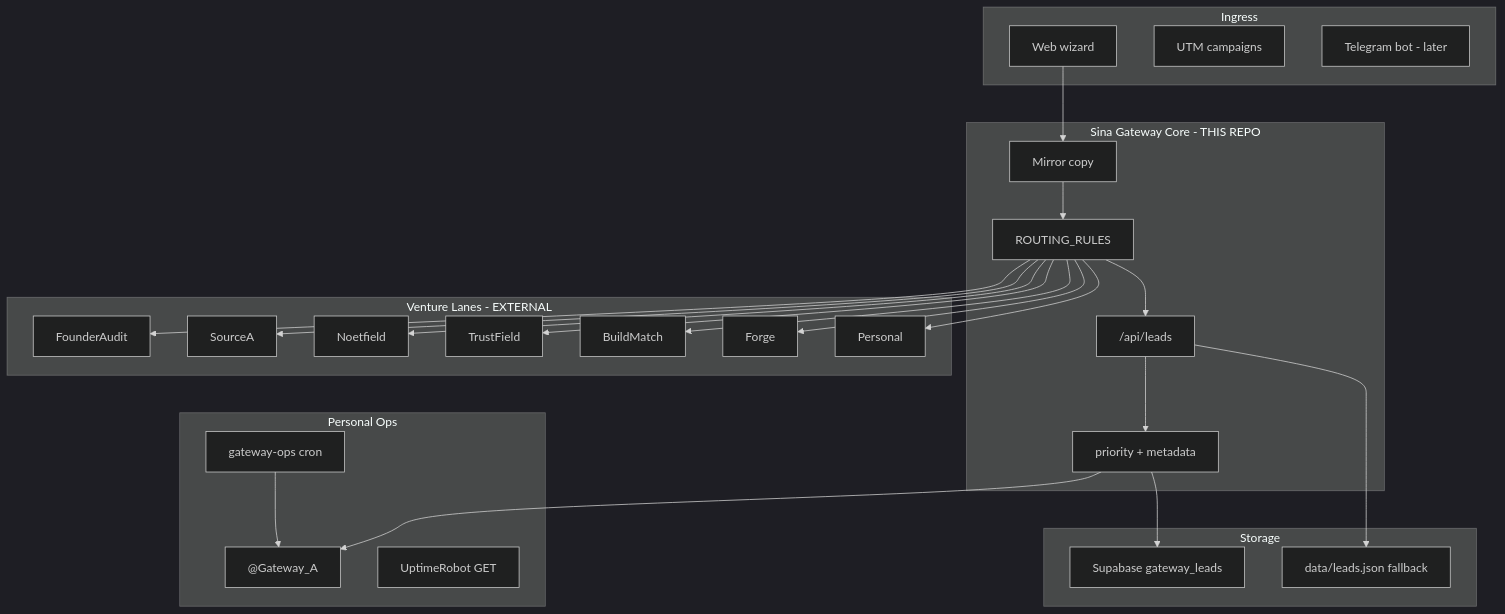
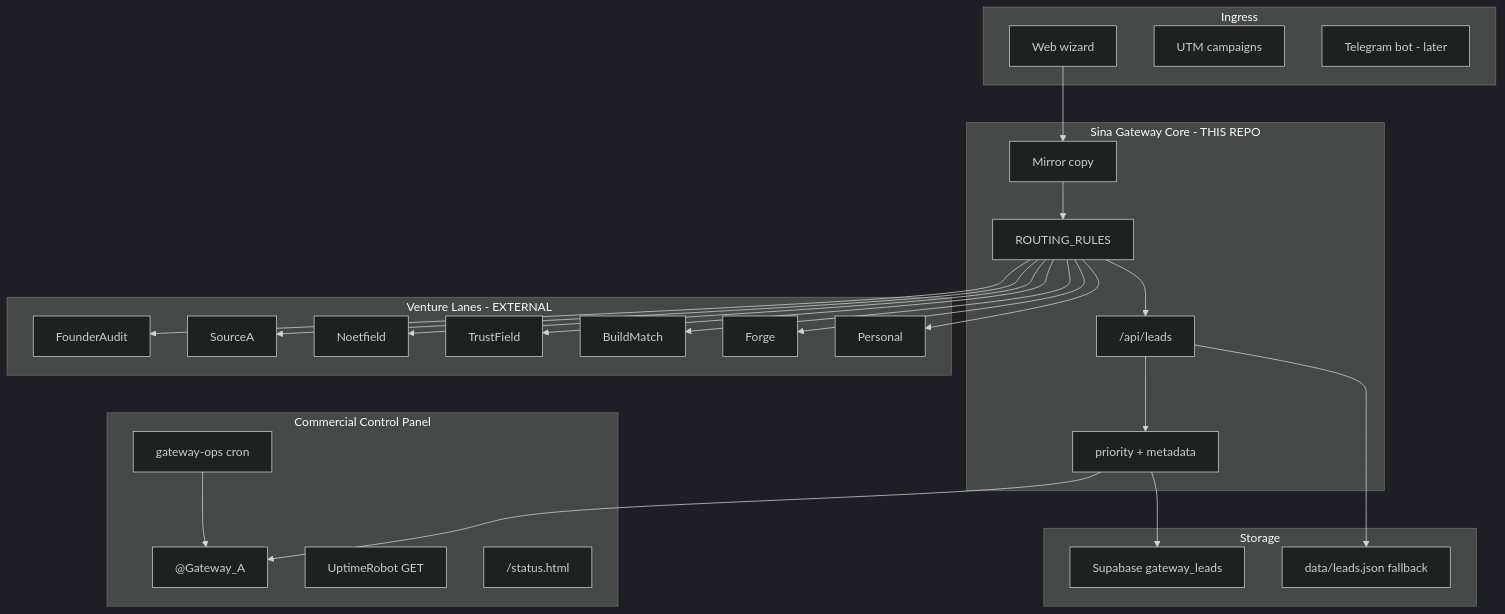
The diagram in docs/SINA_GATEWAY_BLUEPRINT_LOCKED_v1.md (kazemnezhadsina144-dot/sina-gateway), drawn with Mermaid (dark theme) before and after one commit. The commit also changed other lines of this file and 7 other files, not shown here.

First line of the commit message:
Reframe gateway as commercial megagateway control plane and add vocabulary.

````diff
--- a/docs/SINA_GATEWAY_BLUEPRINT_LOCKED_v1.md
+++ b/docs/SINA_GATEWAY_BLUEPRINT_LOCKED_v1.md
@@ -22,48 +22,49 @@
 ```mermaid
 flowchart TB
   subgraph ingress [Ingress]
     Web["Web wizard"]
     UTM["UTM campaigns"]
     FutureBot["Telegram bot - later"]
   end
 
   subgraph core [Sina Gateway Core - THIS REPO]
     Mirror["Mirror copy"]
     Route["ROUTING_RULES"]
     Capture["/api/leads"]
     Tag["priority + metadata"]
   end
 
   subgraph storage [Storage]
     SB["Supabase gateway_leads"]
     Local["data/leads.json fallback"]
   end
 
-  subgraph ops [Personal Ops]
+  subgraph ops [Commercial Control Panel]
     TG["@Gateway_A"]
     GOps["gateway-ops cron"]
     UR["UptimeRobot GET"]
+    Status["/status.html"]
   end
 
   subgraph lanes [Venture Lanes - EXTERNAL]
     FA["FounderAudit"]
     SA["SourceA"]
     NF["Noetfield"]
     TF["TrustField"]
     BM["BuildMatch"]
     FG["Forge"]
     PR["Personal"]
   end
 
   Web --> Mirror --> Route --> Capture --> Tag --> SB
   Capture --> Local
   Tag --> TG
   GOps --> TG
   Route --> FA
   Route --> SA
   Route --> NF
   Route --> TF
   Route --> BM
   Route --> FG
   Route --> PR
 ```
````
